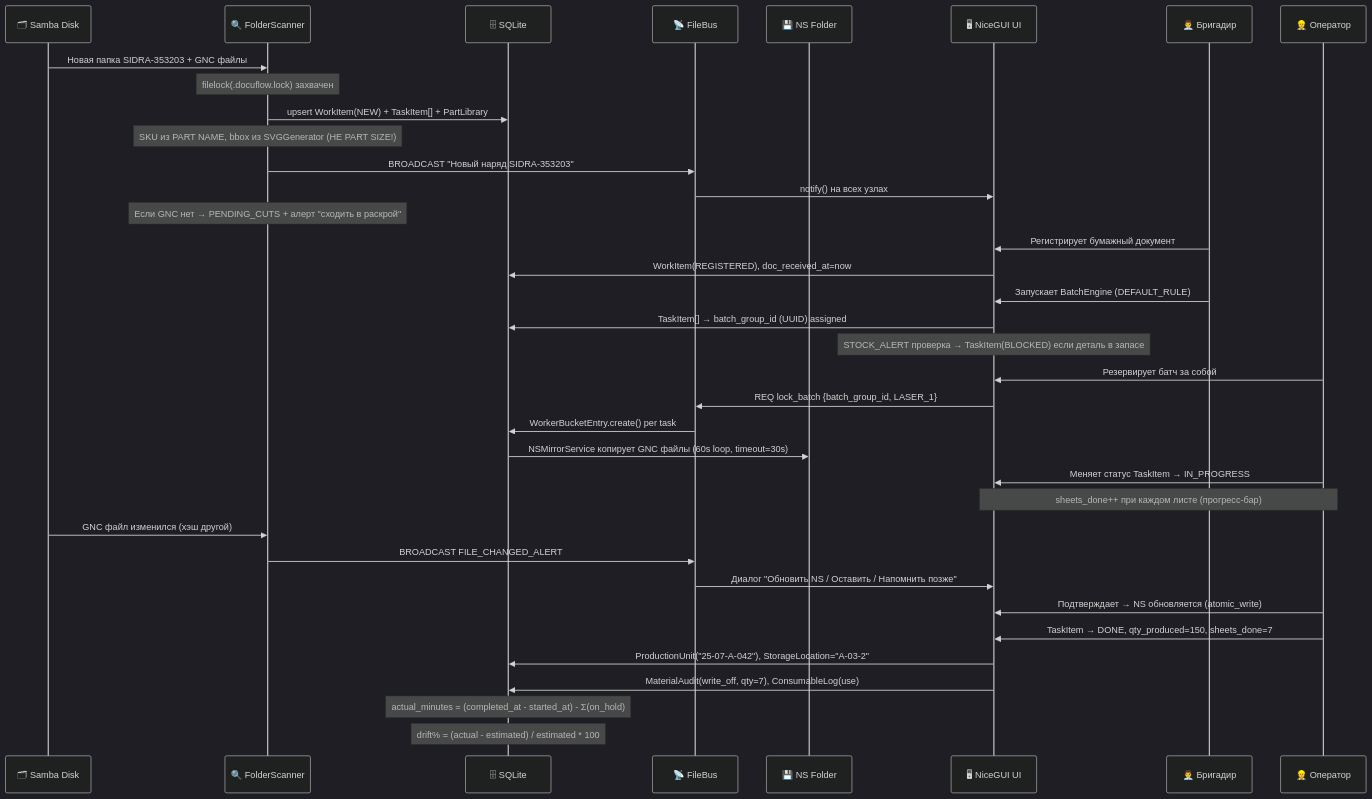
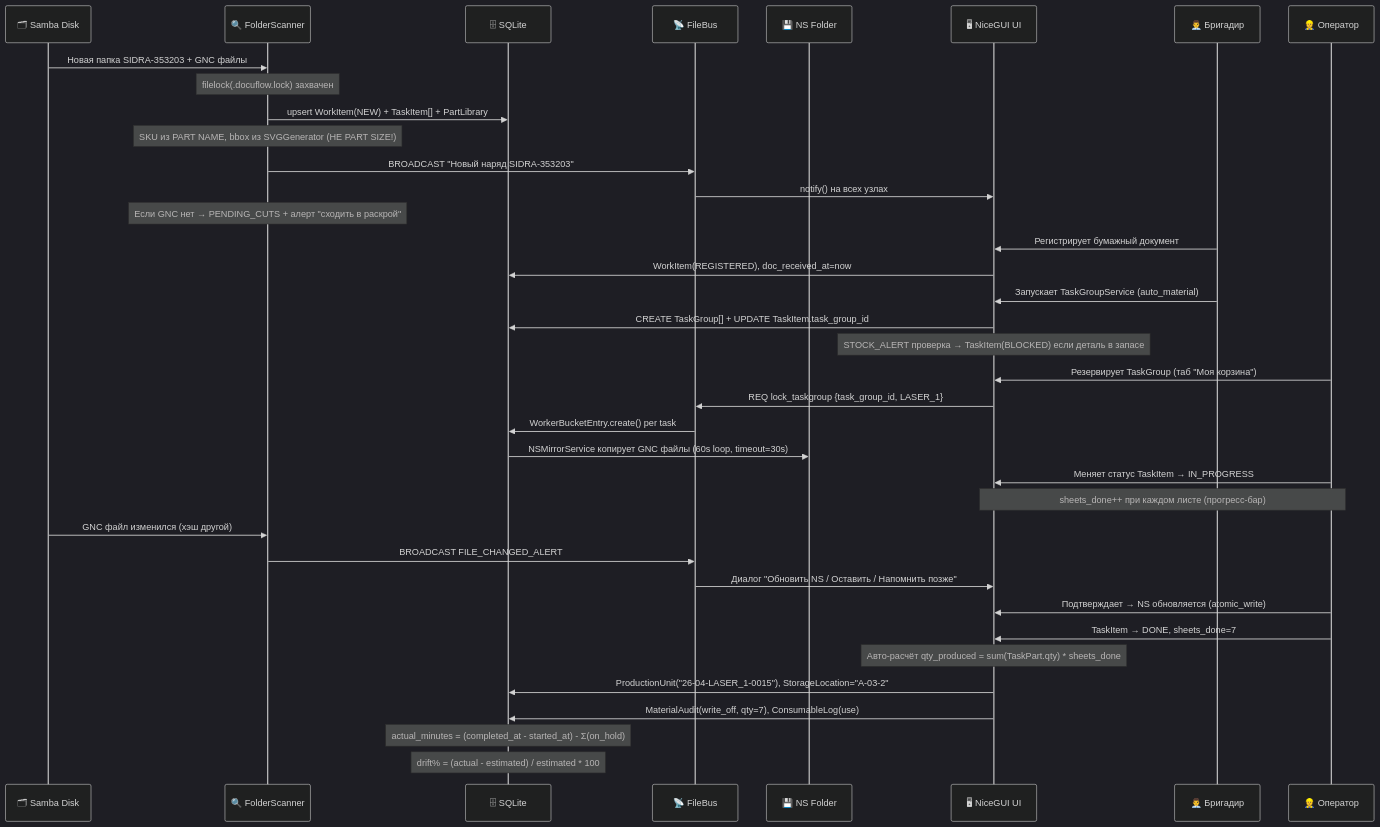
The eighth of 9 diagrams in docs/arhitecture_2/04_c4_archimate.md (Sanali209/DocuFlow-), drawn with Mermaid (dark theme) before and after one commit. The commit also changed other lines of this file and 43 other files, not shown here.

First line of the commit message:
fix: resolve batch_group_id leak, migrate deprecated modules, fix SQLModel mypy errors

````diff
--- a/docs/arhitecture_2/04_c4_archimate.md
+++ b/docs/arhitecture_2/04_c4_archimate.md
@@ -351,46 +358,47 @@
 ```mermaid
 sequenceDiagram
   participant Samba as 🗂 Samba Disk
   participant Scanner as 🔍 FolderScanner
   participant DB as 🗄 SQLite
   participant Bus as 📡 FileBus
   participant NS as 💾 NS Folder
   participant UI as 🖥 NiceGUI UI
   participant Foreman as 👨‍💼 Бригадир
   participant Operator as 👷 Оператор
 
   Samba ->> Scanner: Новая папка SIDRA-353203 + GNC файлы
   Note over Scanner: filelock(.docuflow.lock) захвачен
   Scanner ->> DB: upsert WorkItem(NEW) + TaskItem[] + PartLibrary
   Note over Scanner: SKU из PART NAME, bbox из SVGGenerator (НЕ PART SIZE!)
   Scanner ->> Bus: BROADCAST "Новый наряд SIDRA-353203"
   Bus ->> UI: notify() на всех узлах
 
   Note over Scanner: Если GNC нет → PENDING_CUTS + алерт "сходить в раскрой"
 
   Foreman ->> UI: Регистрирует бумажный документ
   UI ->> DB: WorkItem(REGISTERED), doc_received_at=now
 
-  Foreman ->> UI: Запускает BatchEngine (DEFAULT_RULE)
-  UI ->> DB: TaskItem[] → batch_group_id (UUID) assigned
+  Foreman ->> UI: Запускает TaskGroupService (auto_material)
+  UI ->> DB: CREATE TaskGroup[] + UPDATE TaskItem.task_group_id
   Note over UI: STOCK_ALERT проверка → TaskItem(BLOCKED) если деталь в запасе
 
-  Operator ->> UI: Резервирует батч за собой
-  UI ->> Bus: REQ lock_batch {batch_group_id, LASER_1}
+  Operator ->> UI: Резервирует TaskGroup (таб "Моя корзина")
+  UI ->> Bus: REQ lock_taskgroup {task_group_id, LASER_1}
   Bus ->> DB: WorkerBucketEntry.create() per task
   DB ->> NS: NSMirrorService копирует GNC файлы (60s loop, timeout=30s)
 
   Operator ->> UI: Меняет статус TaskItem → IN_PROGRESS
   Note over Operator, UI: sheets_done++ при каждом листе (прогресс-бар)
 
   Samba ->> Scanner: GNC файл изменился (хэш другой)
   Scanner ->> Bus: BROADCAST FILE_CHANGED_ALERT
   Bus ->> UI: Диалог "Обновить NS / Оставить / Напомнить позже"
   Operator ->> UI: Подтверждает → NS обновляется (atomic_write)
 
-  Operator ->> UI: TaskItem → DONE, qty_produced=150, sheets_done=7
-  UI ->> DB: ProductionUnit("25-07-А-042"), StorageLocation="A-03-2"
+  Operator ->> UI: TaskItem → DONE, sheets_done=7
+  Note over UI: Авто-расчёт qty_produced = sum(TaskPart.qty) * sheets_done
+  UI ->> DB: ProductionUnit("26-04-LASER_1-0015"), StorageLocation="A-03-2"
   UI ->> DB: MaterialAudit(write_off, qty=7), ConsumableLog(use)
   Note over DB: actual_minutes = (completed_at - started_at) - Σ(on_hold)
   Note over DB: drift% = (actual - estimated) / estimated * 100
 ```
````
